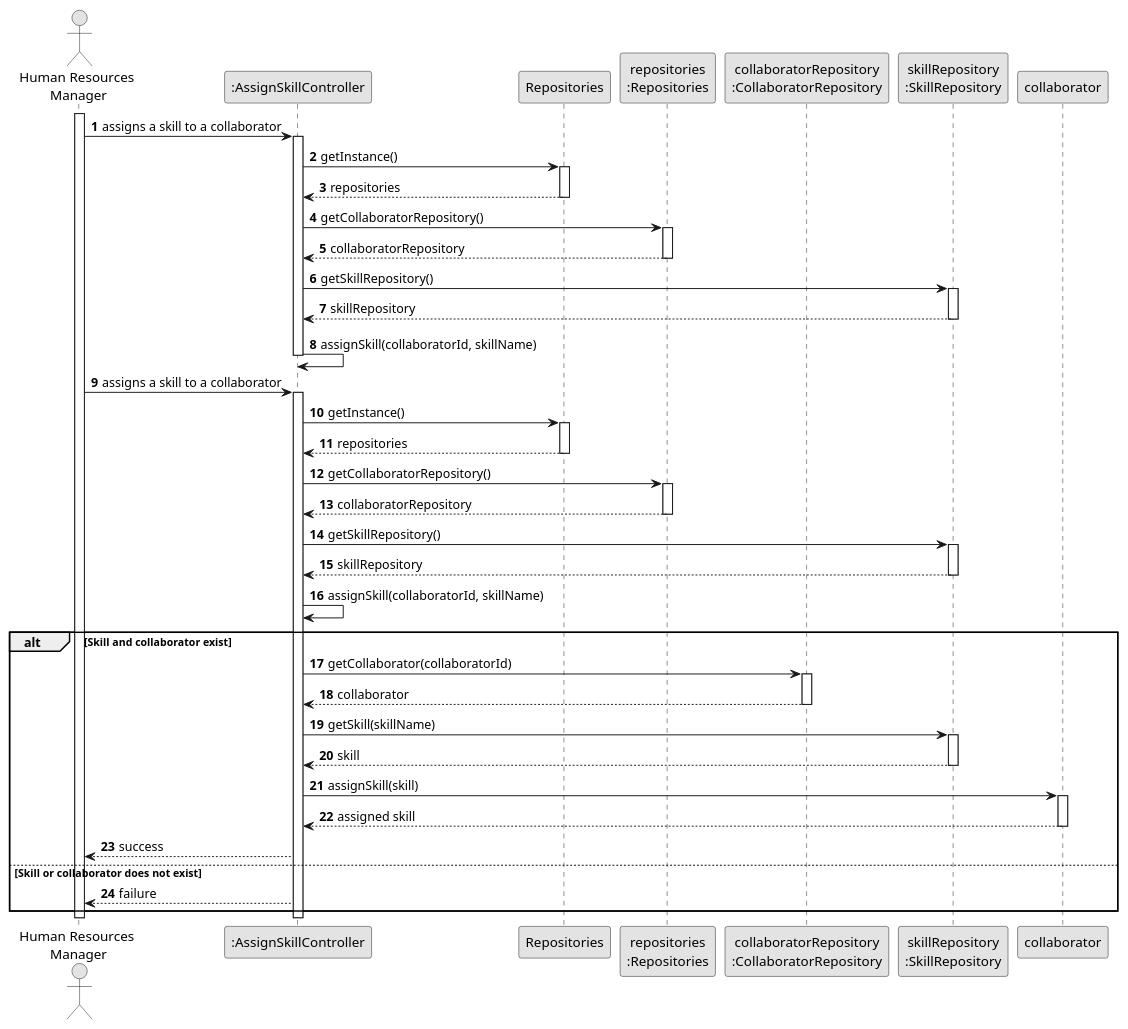
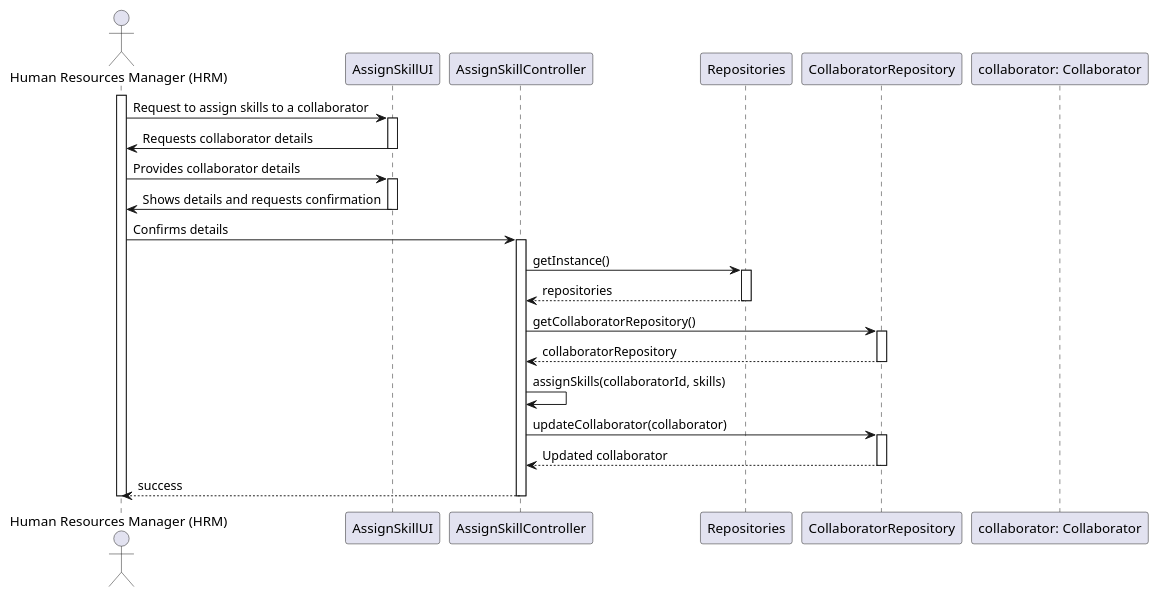
Before and after one commit to diogoveirospro/lei-24-s2-1dg-g072: the diagram in docs/sprintB/us004/03.design/puml/us004-sequence-diagram-split.puml, drawn with PlantUML.

Commit message:
US004 design change split diagram

```diff
--- a/docs/sprintB/us004/03.design/puml/us004-sequence-diagram-split.puml
+++ b/docs/sprintB/us004/03.design/puml/us004-sequence-diagram-split.puml
@@ -1,94 +1,53 @@
 @startuml
-skinparam monochrome true
+'skinparam monochrome true
 skinparam packageStyle rectangle
 skinparam shadowing false
 
-autonumber
-
-'hide footbox
-actor "Human Resources\n Manager" as HRM
-participant ":AssignSkillController" as CTRL
+actor "Human Resources Manager (HRM)" as HRM
+participant AssignSkillUI
+participant AssignSkillController
 participant Repositories
-participant "repositories\n:Repositories" as REP
-participant "collaboratorRepository\n:CollaboratorRepository" as COLREP
-participant "skillRepository\n:SkillRepository" as SKILLREP
+participant CollaboratorRepository
+participant "collaborator: Collaborator" as collaborator
 
 activate HRM
 
-    HRM -> CTRL : assigns a skill to a collaborator
-    activate CTRL
+HRM -> AssignSkillUI : Request to assign skills to a collaborator
+activate AssignSkillUI
 
-        CTRL -> Repositories: getInstance()
-        activate Repositories
+AssignSkillUI -> HRM: Requests collaborator details
+deactivate AssignSkillUI
 
-            Repositories --> CTRL: repositories
-        deactivate Repositories
+HRM -> AssignSkillUI : Provides collaborator details
+activate AssignSkillUI
 
-        CTRL -> REP: getCollaboratorRepository()
-        activate REP
+AssignSkillUI -> HRM : Shows details and requests confirmation
+deactivate AssignSkillUI
 
-            REP --> CTRL: collaboratorRepository
-        deactivate REP
+HRM -> AssignSkillController : Confirms details
+activate AssignSkillController
 
-        CTRL -> SKILLREP : getSkillRepository()
-        activate SKILLREP
+AssignSkillController -> Repositories: getInstance()
+activate Repositories
 
-            SKILLREP --> CTRL: skillRepository
-        deactivate SKILLREP
+Repositories --> AssignSkillController: repositories
+deactivate Repositories
 
-        CTRL -> CTRL: assignSkill(collaboratorId, skillName)
+AssignSkillController -> CollaboratorRepository: getCollaboratorRepository()
+activate CollaboratorRepository
 
-    deactivate CTRL
+CollaboratorRepository --> AssignSkillController: collaboratorRepository
+deactivate CollaboratorRepository
 
-    HRM -> CTRL : assigns a skill to a collaborator
-    activate CTRL
+AssignSkillController -> AssignSkillController : assignSkills(collaboratorId, skills)
+AssignSkillController -> CollaboratorRepository: updateCollaborator(collaborator)
+activate CollaboratorRepository
 
-        CTRL -> Repositories: getInstance()
-        activate Repositories
+CollaboratorRepository --> AssignSkillController: Updated collaborator
+deactivate CollaboratorRepository
 
-            Repositories --> CTRL: repositories
-        deactivate Repositories
-
-        CTRL -> REP: getCollaboratorRepository()
-        activate REP
-
-            REP --> CTRL: collaboratorRepository
-        deactivate REP
-
-        CTRL -> SKILLREP : getSkillRepository()
-        activate SKILLREP
-
-            SKILLREP --> CTRL: skillRepository
-        deactivate SKILLREP
-
-        CTRL -> CTRL: assignSkill(collaboratorId, skillName)
-
-        alt Skill and collaborator exist
-            CTRL -> COLREP: getCollaborator(collaboratorId)
-            activate COLREP
-
-                COLREP --> CTRL: collaborator
-            deactivate COLREP
-
-            CTRL -> SKILLREP: getSkill(skillName)
-            activate SKILLREP
-
-                SKILLREP --> CTRL: skill
-            deactivate SKILLREP
-
-            CTRL -> collaborator: assignSkill(skill)
-            activate collaborator
-
-                collaborator --> CTRL: assigned skill
-            deactivate collaborator
-
-            CTRL --> HRM: success
-        else Skill or collaborator does not exist
-            CTRL --> HRM: failure
-        end
-
-    deactivate CTRL
+AssignSkillController --> HRM: success
+deactivate AssignSkillController
 
 deactivate HRM
-
 @enduml
```
